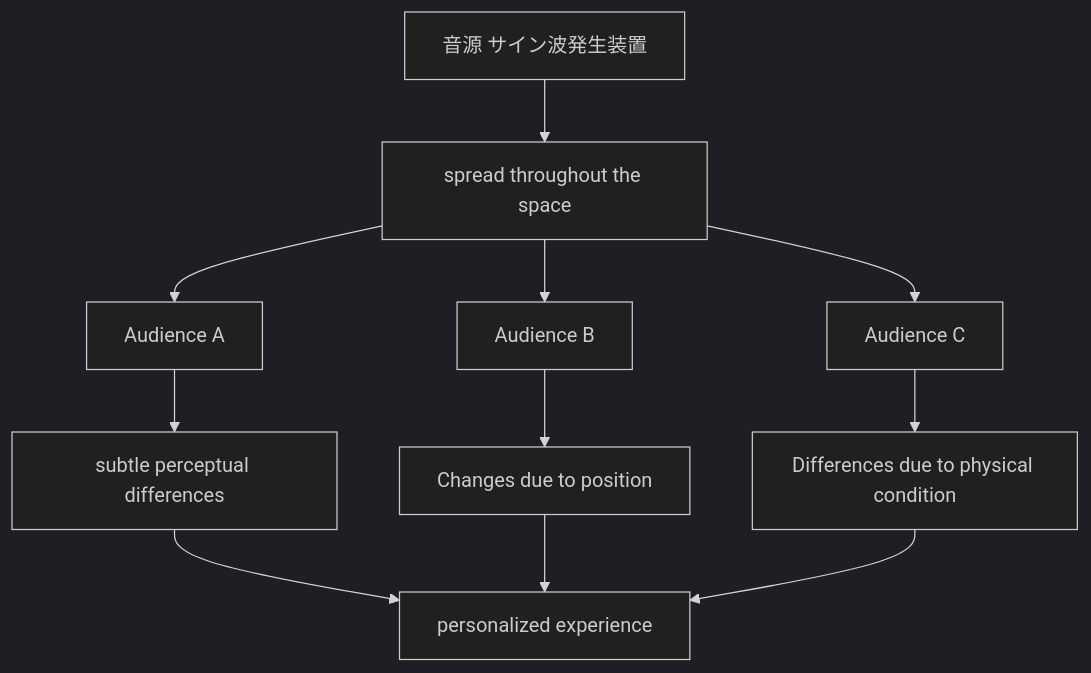
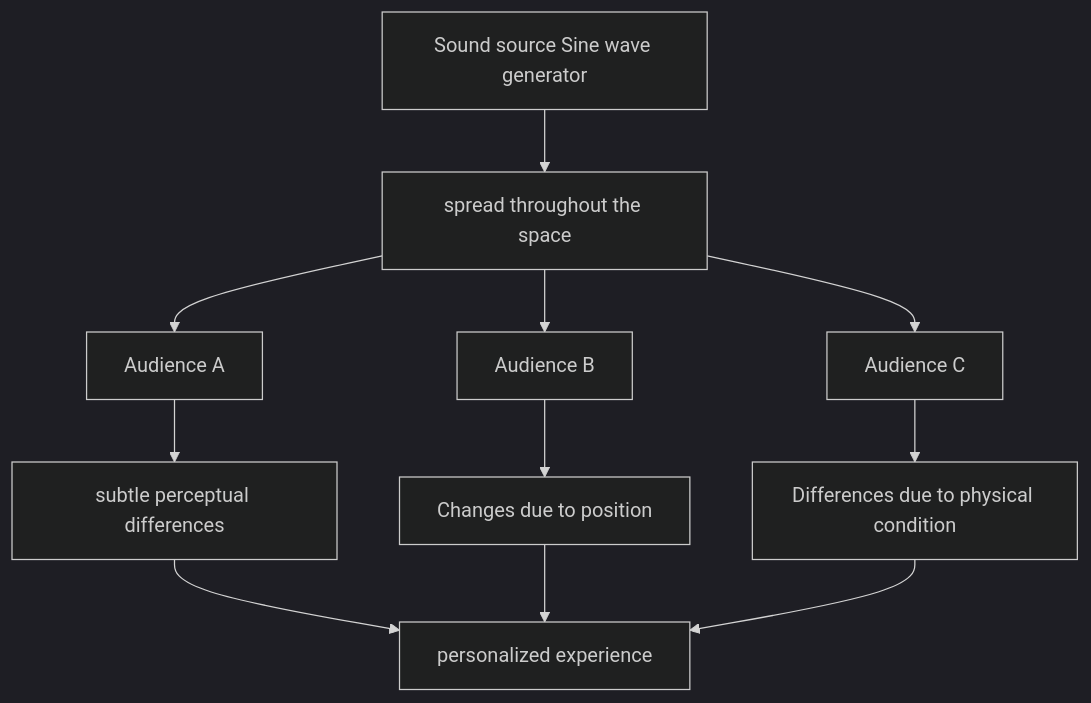
The second of 11 diagrams in en/_posts/2026-04-18-column-sachiko-m.md (monumental-movement/monumental-movement.github.io), drawn with Mermaid (dark theme) before and after one commit. The commit also changed other lines of this file and 497 other files, not shown here.

```diff
--- a/en/_posts/2026-04-18-column-sachiko-m.md
+++ b/en/_posts/2026-04-18-column-sachiko-m.md
@@ -234,13 +234,13 @@
 <div class="mermaid">
 flowchart TB
-    A[音源 サイン波発生装置] --> B[spread throughout the space]
+    A[Sound source Sine wave generator] --> B[spread throughout the space]
     B --> C1[Audience A]
     B --> C2[Audience B]
     B --> C3[Audience C]
     C1 --> D1[subtle perceptual differences]
     C2 --> D2[Changes due to position]
     C3 --> D3[Differences due to physical condition]
     D1 --> E[personalized experience]
     D2 --> E
     D3 --> E
 </div>
```
